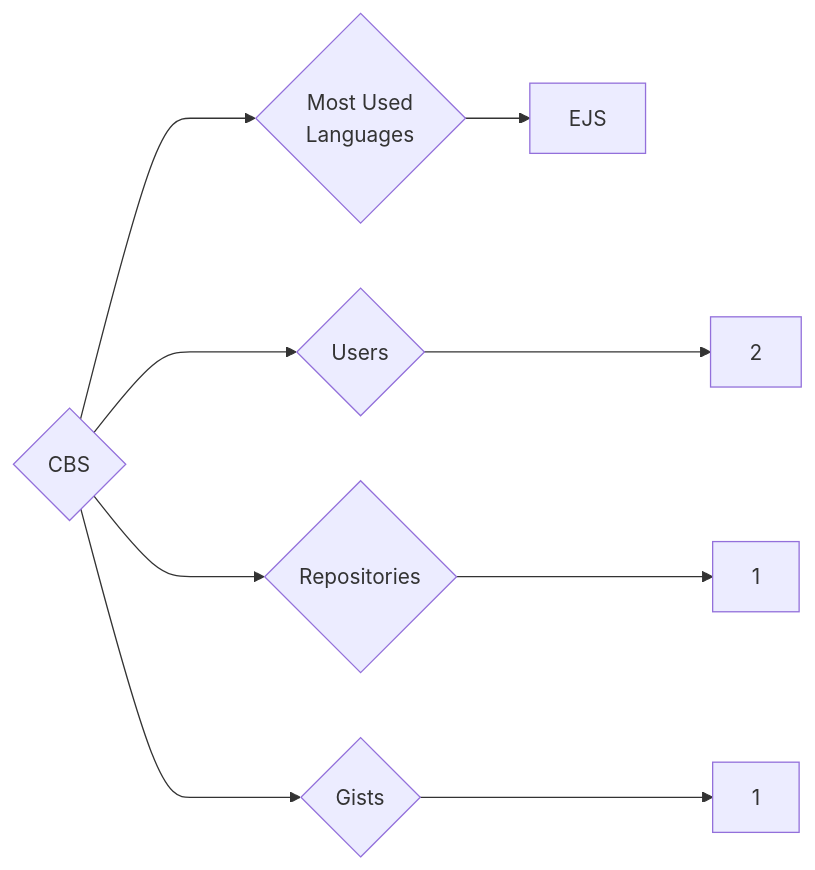
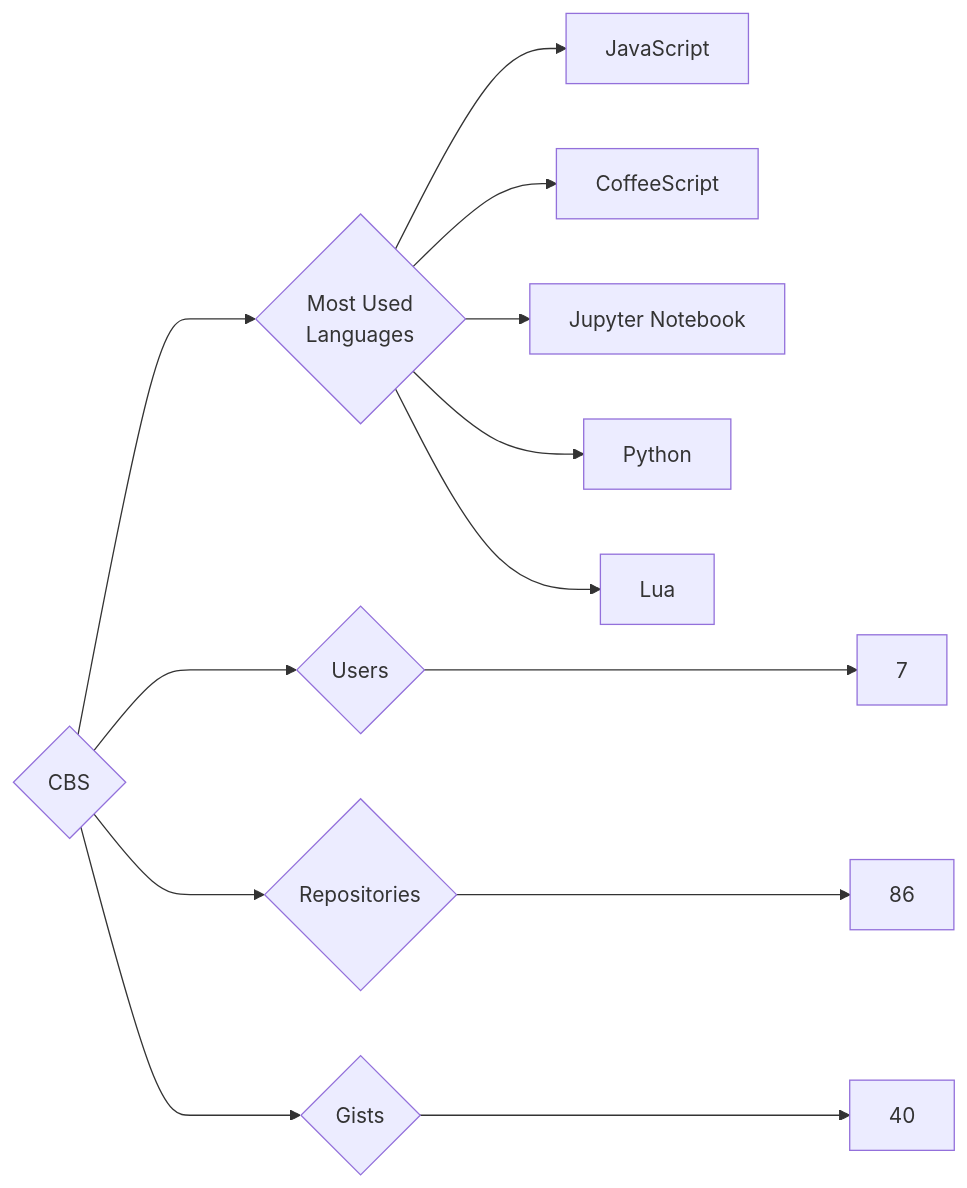
Before and after one commit to trickest/insiders: the diagram in targets/CBS/README.md, drawn with Mermaid. The commit also changed 1314 other files, not shown here.

````diff
--- a/targets/CBS/README.md
+++ b/targets/CBS/README.md
@@ -3,9 +3,13 @@
 ```mermaid
 graph LR
 COMPANY_NAME{CBS}
-COMPANY_NAME ---> U{Users} ---> UN[2]
-COMPANY_NAME ---> R{Repositories} ---> RN[1]
-COMPANY_NAME ---> G{Gists} ---> GN[1]
+COMPANY_NAME ---> U{Users} ---> UN[7]
+COMPANY_NAME ---> R{Repositories} ---> RN[86]
+COMPANY_NAME ---> G{Gists} ---> GN[40]
 COMPANY_NAME ---> ML{Most Used<br>Languages}
-ML --> EJS[EJS]
+ML --> JavaScript[JavaScript]
+ML --> CoffeeScript[CoffeeScript]
+ML --> Jupyter_Notebook[Jupyter Notebook]
+ML --> Python[Python]
+ML --> Lua[Lua]
 ```
````
